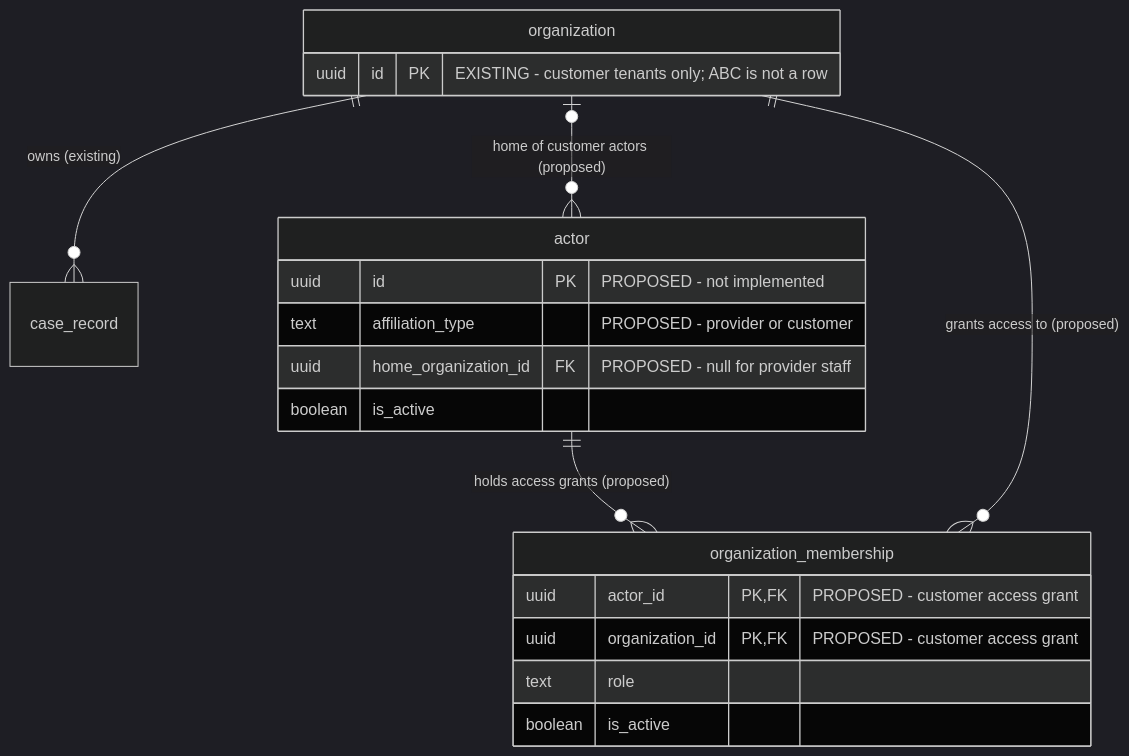
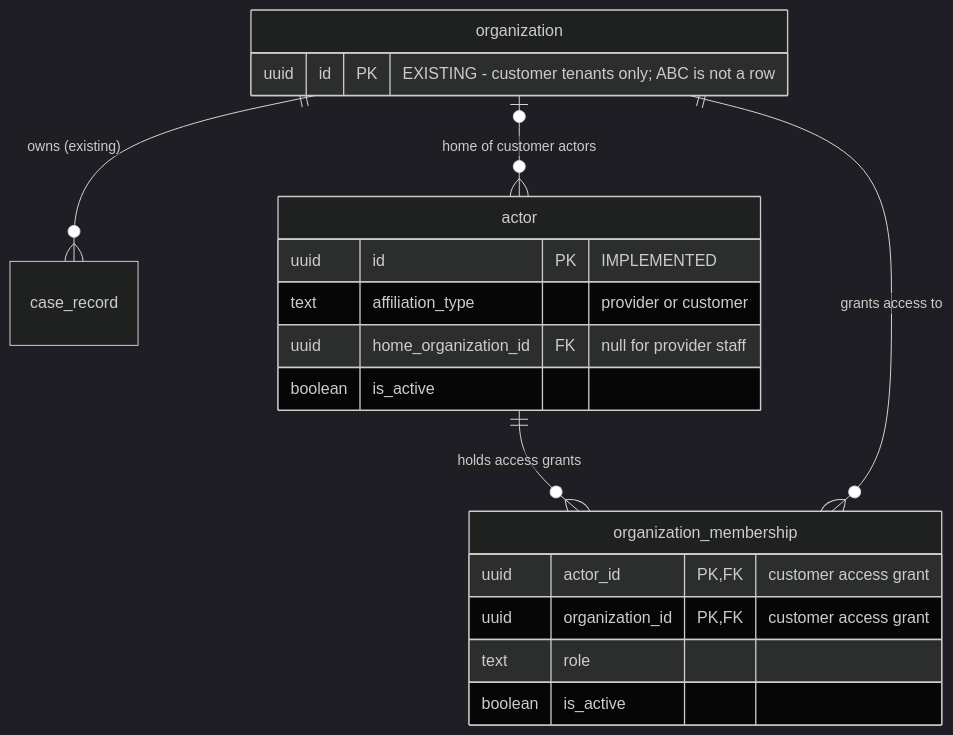
One commit to asadhanif3188/Enterprise-AI-Service-Operations changed the third of 3 diagrams in docs/identity-model.md. Above: the diagram before and after it, drawn with Mermaid (dark theme). The commit also changed other lines of this file and 14 other files, not shown here.

First line of the commit message:
feat: implement actor affiliation and role-grant integrity foundation

````diff
--- a/docs/identity-model.md
+++ b/docs/identity-model.md
@@ -375,23 +384,23 @@
 ```mermaid
 erDiagram
     organization ||--o{ case_record : "owns (existing)"
-    organization |o--o{ actor : "home of customer actors (proposed)"
-    actor ||--o{ organization_membership : "holds access grants (proposed)"
-    organization ||--o{ organization_membership : "grants access to (proposed)"
+    organization |o--o{ actor : "home of customer actors"
+    actor ||--o{ organization_membership : "holds access grants"
+    organization ||--o{ organization_membership : "grants access to"
 
     organization {
         uuid id PK "EXISTING - customer tenants only; ABC is not a row"
     }
     actor {
-        uuid id PK "PROPOSED - not implemented"
-        text affiliation_type "PROPOSED - provider or customer"
-        uuid home_organization_id FK "PROPOSED - null for provider staff"
+        uuid id PK "IMPLEMENTED"
+        text affiliation_type "provider or customer"
+        uuid home_organization_id FK "null for provider staff"
         boolean is_active
     }
     organization_membership {
-        uuid actor_id PK, FK "PROPOSED - customer access grant"
-        uuid organization_id PK, FK "PROPOSED - customer access grant"
+        uuid actor_id PK, FK "customer access grant"
+        uuid organization_id PK, FK "customer access grant"
         text role
         boolean is_active
     }
 ```
````
